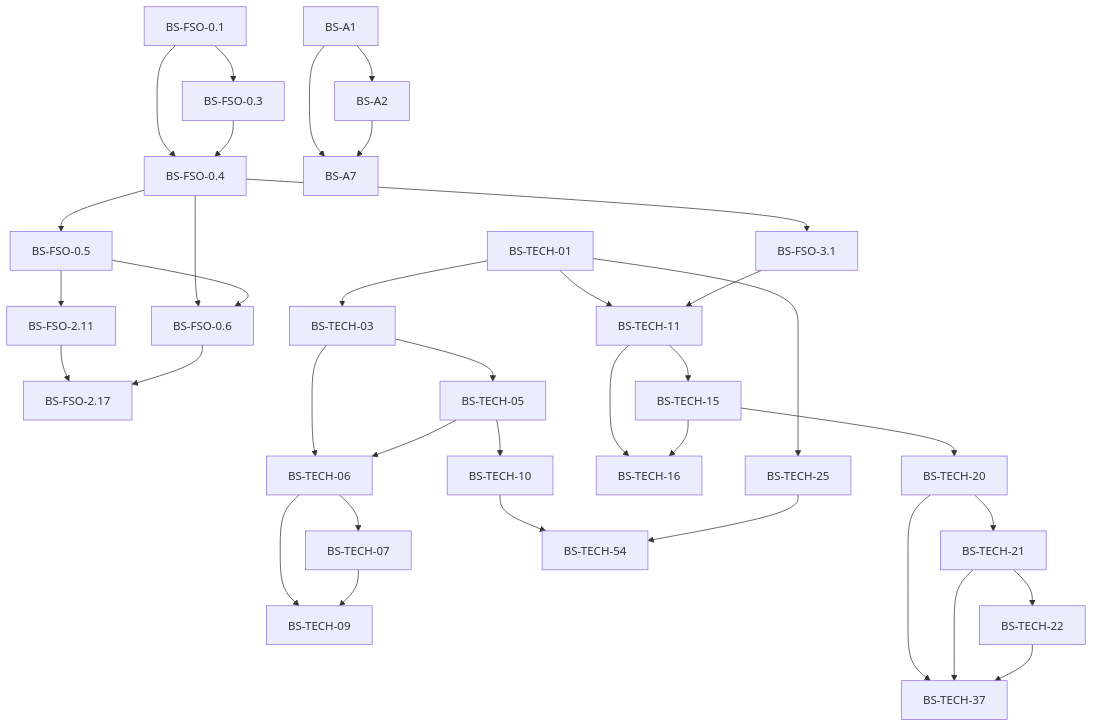
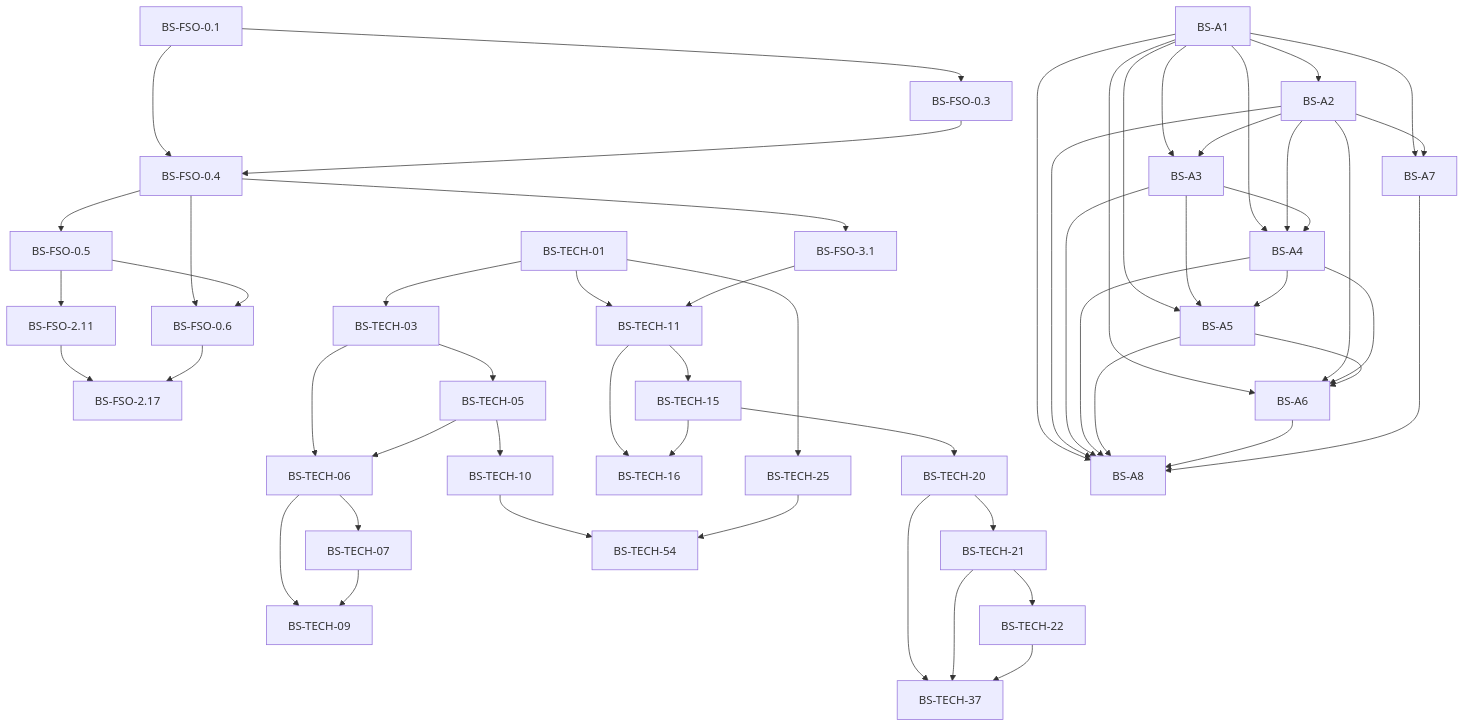
Before and after one commit to BakerSean168/BodySense: the diagram in docs/learning/curriculum/views/prerequisite-spine.md, drawn with Mermaid. The commit also changed other lines of this file and 11 other files, not shown here.

````diff
--- a/docs/learning/curriculum/views/prerequisite-spine.md
+++ b/docs/learning/curriculum/views/prerequisite-spine.md
@@ -39,7 +39,12 @@
   n_TECH_54["BS-TECH-54"]
   n_BS_A1["BS-A1"]
   n_BS_A2["BS-A2"]
+  n_BS_A3["BS-A3"]
+  n_BS_A4["BS-A4"]
+  n_BS_A5["BS-A5"]
+  n_BS_A6["BS-A6"]
   n_BS_A7["BS-A7"]
+  n_BS_A8["BS-A8"]
   n_FSO_0_1 --> n_FSO_0_3
   n_FSO_0_1 --> n_FSO_0_4
   n_FSO_0_3 --> n_FSO_0_4
@@ -73,6 +78,25 @@
   n_TECH_10 --> n_TECH_54
   n_TECH_25 --> n_TECH_54
   n_BS_A1 --> n_BS_A2
+  n_BS_A1 --> n_BS_A3
+  n_BS_A2 --> n_BS_A3
+  n_BS_A1 --> n_BS_A4
+  n_BS_A2 --> n_BS_A4
+  n_BS_A3 --> n_BS_A4
+  n_BS_A1 --> n_BS_A5
+  n_BS_A3 --> n_BS_A5
+  n_BS_A4 --> n_BS_A5
+  n_BS_A1 --> n_BS_A6
+  n_BS_A2 --> n_BS_A6
+  n_BS_A4 --> n_BS_A6
+  n_BS_A5 --> n_BS_A6
   n_BS_A1 --> n_BS_A7
   n_BS_A2 --> n_BS_A7
+  n_BS_A1 --> n_BS_A8
+  n_BS_A2 --> n_BS_A8
+  n_BS_A3 --> n_BS_A8
+  n_BS_A4 --> n_BS_A8
+  n_BS_A5 --> n_BS_A8
+  n_BS_A6 --> n_BS_A8
+  n_BS_A7 --> n_BS_A8
 ```
````
